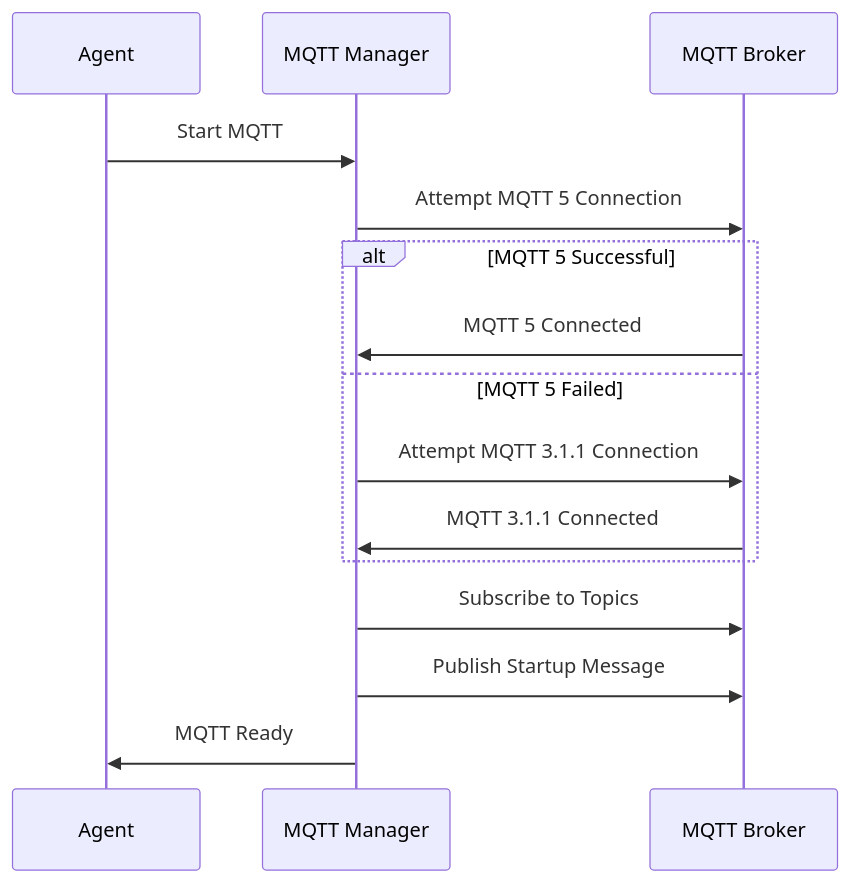
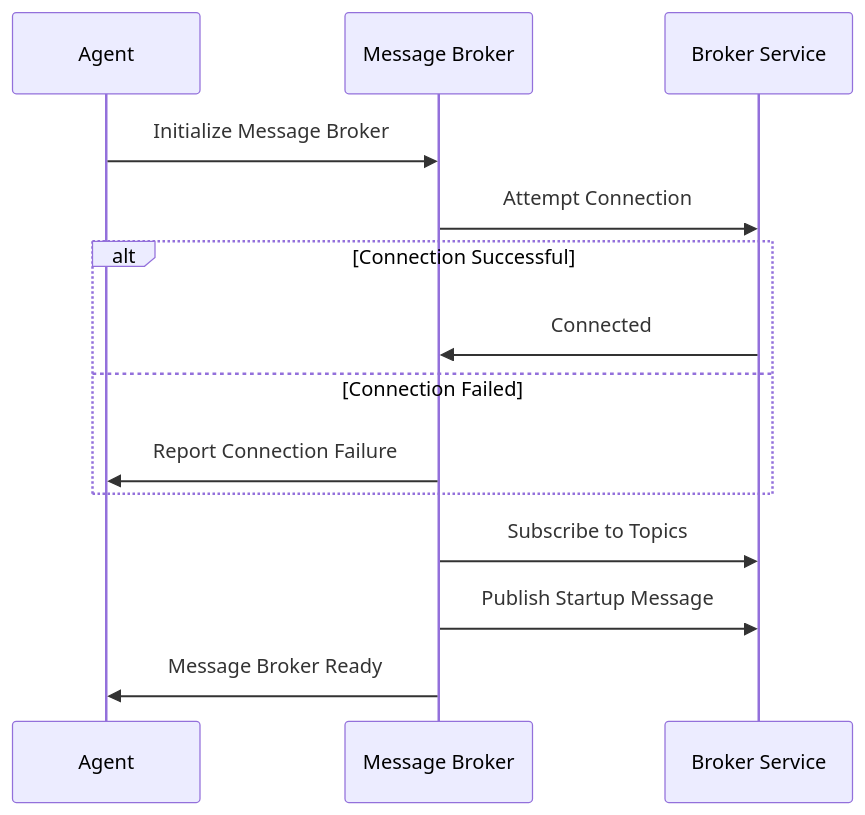
One commit to XMPro/Multi-Agent changed the third of 4 diagrams in docs/technical-details/memory_cycle_instantiation.md. Above: the diagram before and after it, drawn with Mermaid. The commit also changed other lines of this file and 11 other files, not shown here.

Commit message:
Message Broker Topic additions Memory Cycle updates Graph updates General Updates all around

````diff
--- a/docs/technical-details/memory_cycle_instantiation.md
+++ b/docs/technical-details/memory_cycle_instantiation.md
@@ -140,17 +181,16 @@
 ```mermaid
 sequenceDiagram
     participant A as Agent
-    participant MM as MQTT Manager
-    participant B as MQTT Broker
-    A->>MM: Start MQTT
-    MM->>B: Attempt MQTT 5 Connection
-    alt MQTT 5 Successful
-        B->>MM: MQTT 5 Connected
-    else MQTT 5 Failed
-        MM->>B: Attempt MQTT 3.1.1 Connection
-        B->>MM: MQTT 3.1.1 Connected
+    participant MB as Message Broker
+    participant B as Broker Service
+    A->>MB: Initialize Message Broker
+    MB->>B: Attempt Connection
+    alt Connection Successful
+        B->>MB: Connected
+    else Connection Failed
+        MB->>A: Report Connection Failure
     end
-    MM->>B: Subscribe to Topics
-    MM->>B: Publish Startup Message
-    MM->>A: MQTT Ready
+    MB->>B: Subscribe to Topics
+    MB->>B: Publish Startup Message
+    MB->>A: Message Broker Ready
 ```
````
